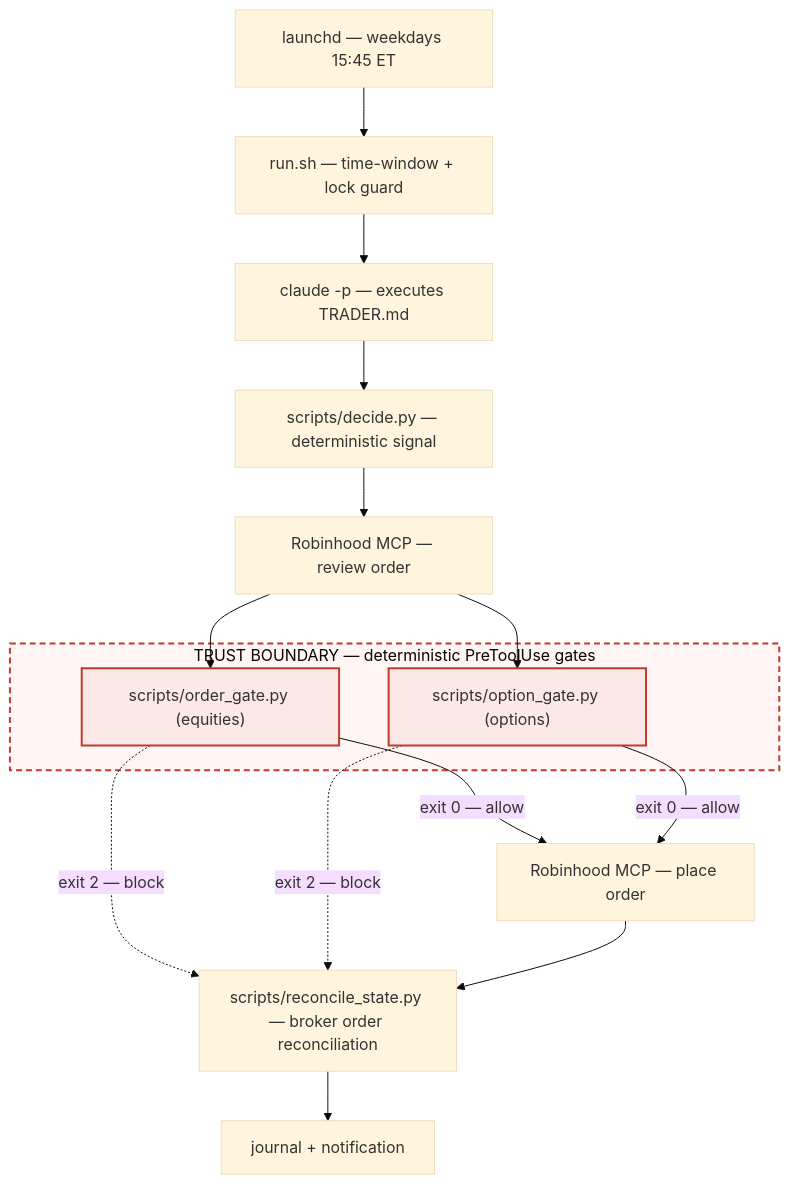
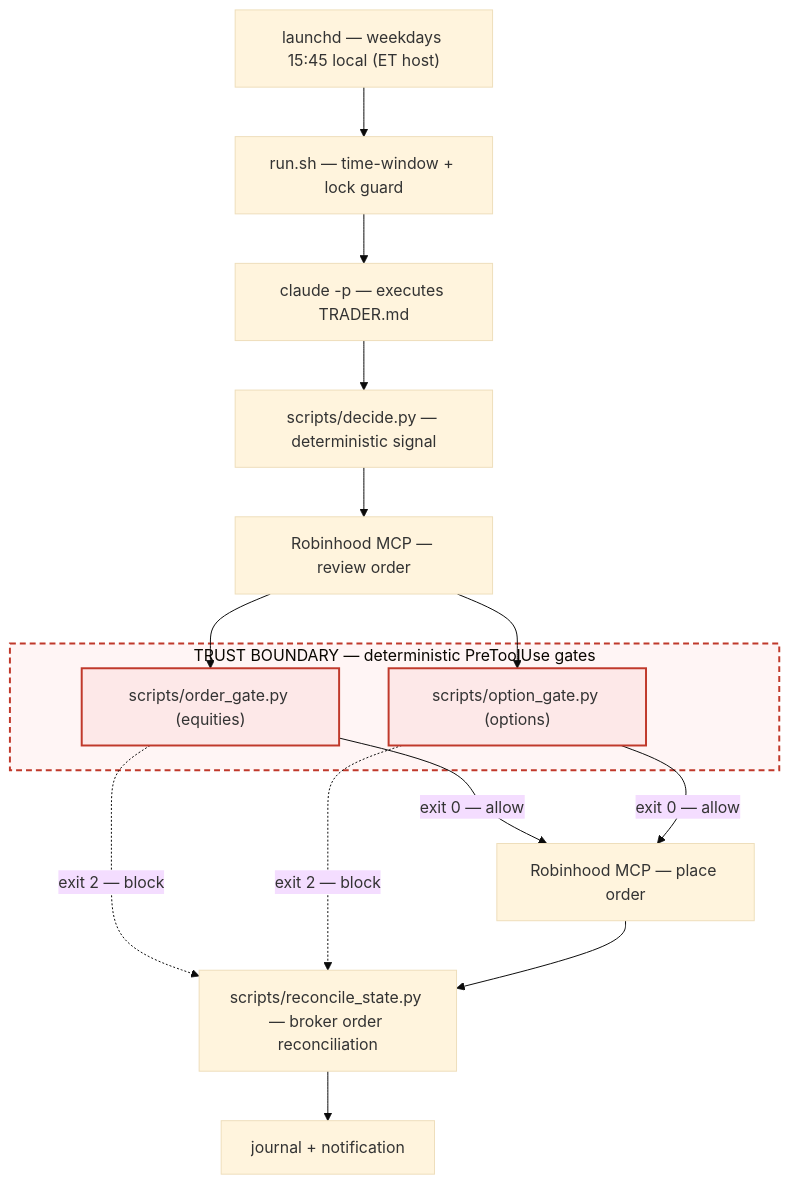
Before and after one commit to DylanMcCavitt/agentic-trader-private: the diagram in README.md, drawn with Mermaid (base theme). The commit also changed other lines of this file and 5 other files, not shown here.

Commit message:
[fix]: enforce ET host for launchd (#54)

````diff
--- a/README.md
+++ b/README.md
@@ -11,23 +11,23 @@
 ```mermaid
 flowchart TD
-    L["launchd — weekdays 15:45 ET"] --> R["run.sh — time-window + lock guard"]
+    L["launchd — weekdays 15:45 local (ET host)"] --> R["run.sh — time-window + lock guard"]
     R --> C["claude -p — executes TRADER.md"]
     C --> D["scripts/decide.py — deterministic signal"]
     D --> RV["Robinhood MCP — review order"]
     RV --> EG
     RV --> OG
     subgraph TB["TRUST BOUNDARY — deterministic PreToolUse gates"]
         EG["scripts/order_gate.py (equities)"]
         OG["scripts/option_gate.py (options)"]
     end
     EG -->|"exit 0 — allow"| PL["Robinhood MCP — place order"]
     OG -->|"exit 0 — allow"| PL
     EG -.->|"exit 2 — block"| REC
     OG -.->|"exit 2 — block"| REC
     PL --> REC["scripts/reconcile_state.py — broker order reconciliation"]
     REC --> J["journal + notification"]
 
     classDef gate fill:#fde8e8,stroke:#c0392b,stroke-width:2px
     class EG,OG gate
     style TB fill:#fff5f5,stroke:#c0392b,stroke-width:2px,stroke-dasharray:6 4
 ```
````
